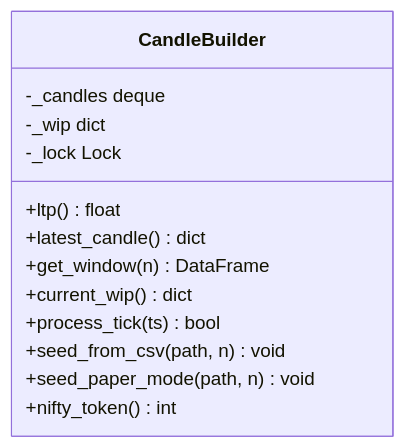
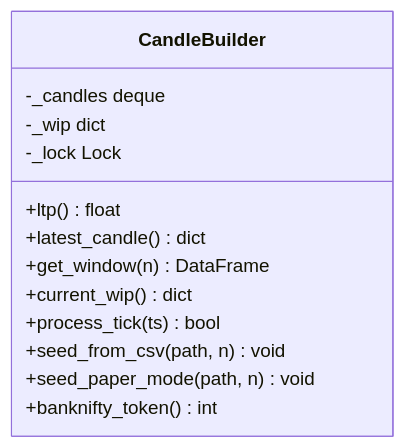
Before and after one commit to tauqeersiddiqui-art/tradingsystem: the fifth of 9 diagrams in .qoder/repowiki/en/content/Core Trading Engine/Core Trading Engine.md, drawn with Mermaid. The commit also changed 12 other files, not shown here.

````diff
--- a/.qoder/repowiki/en/content/Core Trading Engine/Core Trading Engine.md
+++ b/.qoder/repowiki/en/content/Core Trading Engine/Core Trading Engine.md
@@ -253,16 +253,16 @@
 ```mermaid
 classDiagram
 class CandleBuilder {
 +ltp() float
 +latest_candle() dict
 +get_window(n) DataFrame
 +current_wip() dict
 +process_tick(ts) bool
 +seed_from_csv(path, n) void
 +seed_paper_mode(path, n) void
-+nifty_token() int
++banknifty_token() int
 -_candles deque
 -_wip dict
 -_lock Lock
 }
 ```
````
